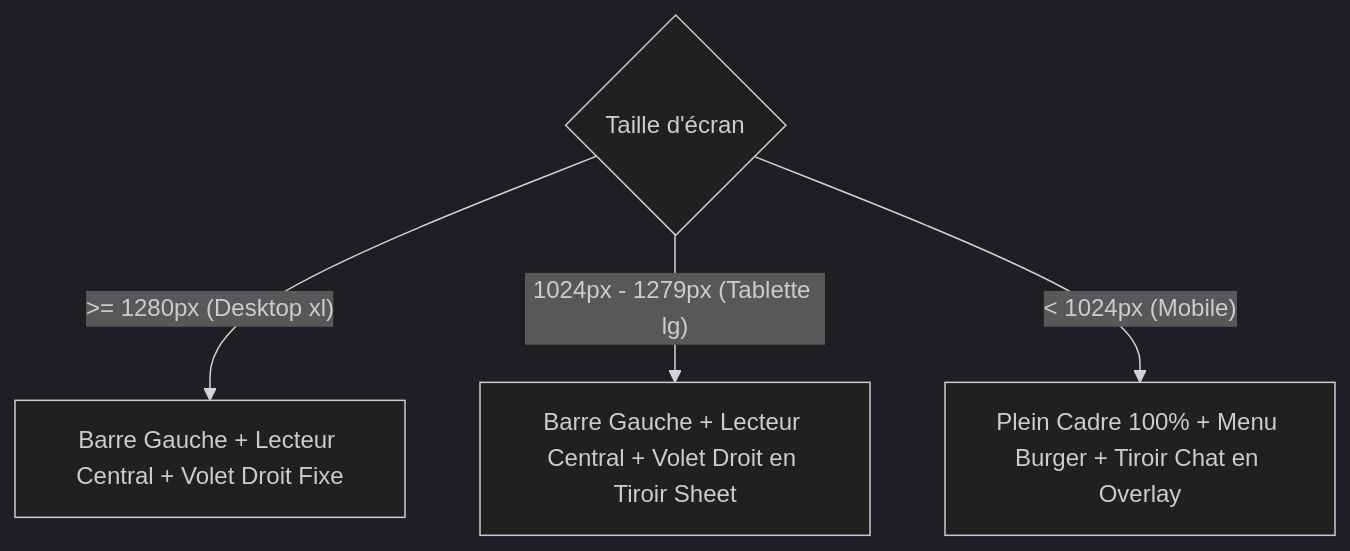
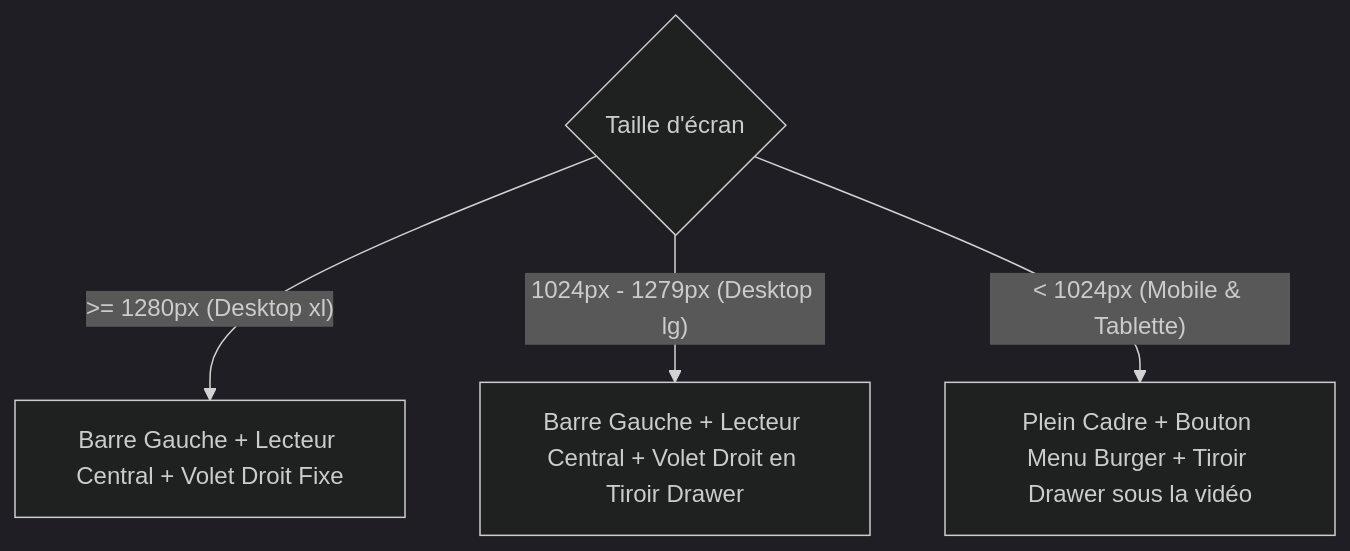
Before and after one commit to Moohmoo/Synk: the diagram in docs/ui-ux-flows.md, drawn with Mermaid (dark theme). The commit also changed other lines of this file, not shown here.

Commit message:
docs: update ui-ux wireframes to match application layout

````diff
--- a/docs/ui-ux-flows.md
+++ b/docs/ui-ux-flows.md
@@ -106,8 +109,8 @@
 ```mermaid
 flowchart TD
     ScreenSize{Taille d'écran}
     
     ScreenSize -->|">= 1280px (Desktop xl)"| FullLayout[Barre Gauche + Lecteur Central + Volet Droit Fixe]
-    ScreenSize -->|"1024px - 1279px (Tablette lg)"| TabletLayout[Barre Gauche + Lecteur Central + Volet Droit en Tiroir Sheet]
-    ScreenSize -->|"< 1024px (Mobile)"| MobileLayout[Plein Cadre 100% + Menu Burger + Tiroir Chat en Overlay]
+    ScreenSize -->|"1024px - 1279px (Desktop lg)"| TabletLayout[Barre Gauche + Lecteur Central + Volet Droit en Tiroir Drawer]
+    ScreenSize -->|"< 1024px (Mobile & Tablette)"| MobileLayout[Plein Cadre + Bouton Menu Burger + Tiroir Drawer sous la vidéo]
 ```
````
